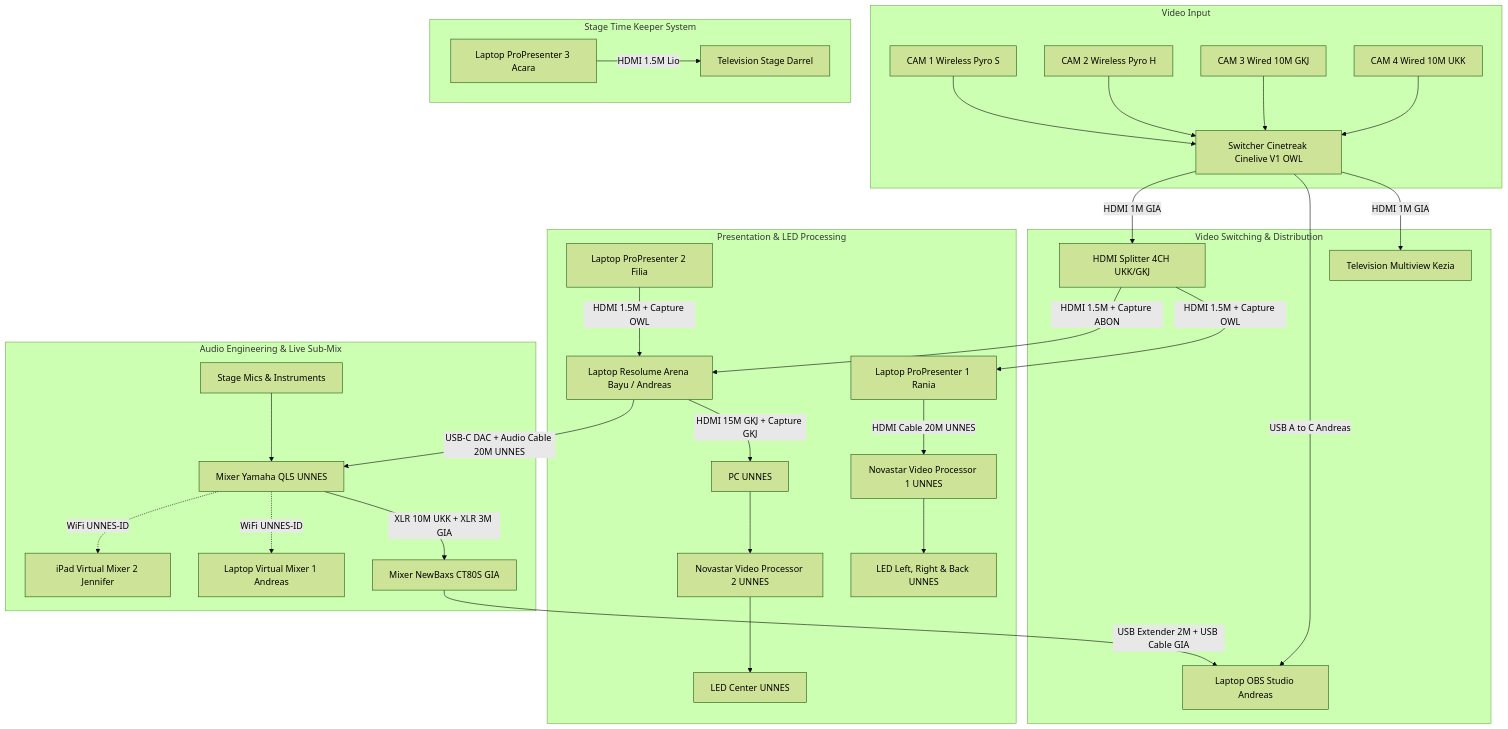
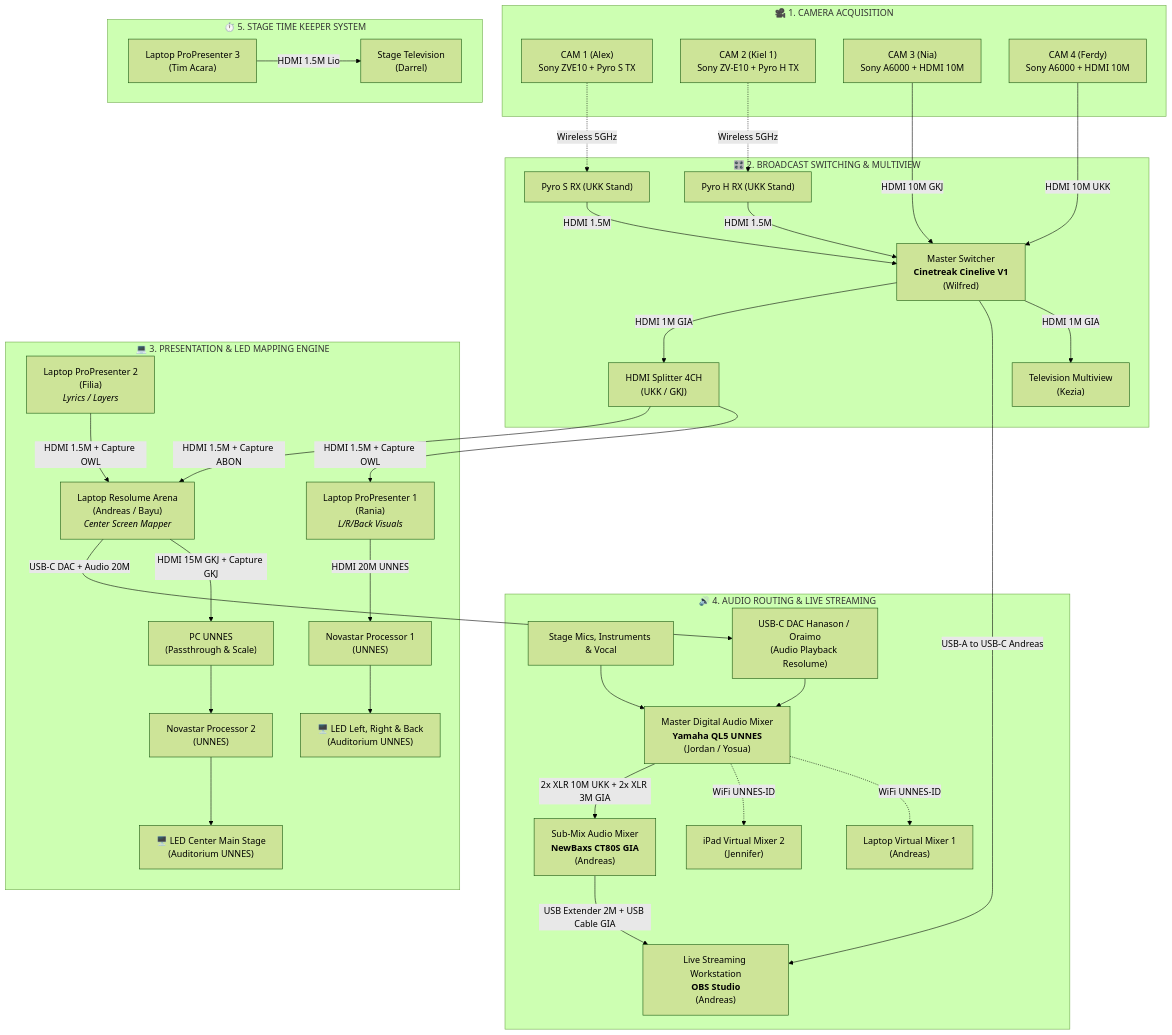
The second of 7 diagrams in README.md (zzdree/ip26-production), drawn with Mermaid (forest theme) before and after one commit. The commit also changed other lines of this file, not shown here.

Commit message:
docs: add Master Architecture Flowchart and detailed Sub-System Flowcharts with technical documentation

````diff
--- a/README.md
+++ b/README.md
@@ -109,37 +87,74 @@
 ```mermaid
-flowchart TD
-    subgraph Video Input
-        C1[CAM 1 Wireless Pyro S] --> SW[Switcher Cinetreak Cinelive V1 OWL]
-        C2[CAM 2 Wireless Pyro H] --> SW
-        C3[CAM 3 Wired 10M GKJ] --> SW
-        C4[CAM 4 Wired 10M UKK] --> SW
+flowchart TB
+    %% SECTION: CAMERA INPUTS
+    subgraph S_CAM["🎥 1. CAMERA ACQUISITION"]
+        CAM1["CAM 1 (Alex)<br/>Sony ZVE10 + Pyro S TX"]
+        CAM2["CAM 2 (Kiel 1)<br/>Sony ZV-E10 + Pyro H TX"]
+        CAM3["CAM 3 (Nia)<br/>Sony A6000 + HDMI 10M"]
+        CAM4["CAM 4 (Ferdy)<br/>Sony A6000 + HDMI 10M"]
     end
 
-    subgraph Video Switching & Distribution
-        SW -->|HDMI 1M GIA| TV_MV[Television Multiview Kezia]
-        SW -->|USB A to C Andreas| OBS[Laptop OBS Studio Andreas]
-        SW -->|HDMI 1M GIA| SPL[HDMI Splitter 4CH UKK/GKJ]
+    %% SECTION: VIDEO SWITCHING & MONITORING
+    subgraph S_SW["🎛️ 2. BROADCAST SWITCHING & MULTIVIEW"]
+        RX1["Pyro S RX (UKK Stand)"]
+        RX2["Pyro H RX (UKK Stand)"]
+        SW["Master Switcher<br/><b>Cinetreak Cinelive V1</b><br/>(Wilfred)"]
+        TV_MV["Television Multiview<br/>(Kezia)"]
+        SPL["HDMI Splitter 4CH<br/>(UKK / GKJ)"]
     end
 
-    subgraph Presentation & LED Processing
-        SPL -->|HDMI 1.5M + Capture OWL| P1[Laptop ProPresenter 1 Rania]
-        SPL -->|HDMI 1.5M + Capture ABON| RES[Laptop Resolume Arena Bayu / Andreas]
-        P2[Laptop ProPresenter 2 Filia] -->|HDMI 1.5M + Capture OWL| RES
-        
-        P1 -->|HDMI Cable 20M UNNES| NOVA1[Novastar Video Processor 1 UNNES] --> LED_LR[LED Left, Right & Back UNNES]
-        RES -->|HDMI 15M GKJ + Capture GKJ| PC_UNNES[PC UNNES] --> NOVA2[Novastar Video Processor 2 UNNES] --> LED_CTR[LED Center UNNES]
+    %% SECTION: PRESENTATION & LED VIDEO PROCESSING
+    subgraph S_VIS["💻 3. PRESENTATION & LED MAPPING ENGINE"]
+        P1["Laptop ProPresenter 1<br/>(Rania)<br/><i>L/R/Back Visuals</i>"]
+        P2["Laptop ProPresenter 2<br/>(Filia)<br/><i>Lyrics / Layers</i>"]
+        RES["Laptop Resolume Arena<br/>(Andreas / Bayu)<br/><i>Center Screen Mapper</i>"]
+        PC_UN["PC UNNES<br/>(Passthrough & Scale)"]
+        NOVA1["Novastar Processor 1<br/>(UNNES)"]
+        NOVA2["Novastar Processor 2<br/>(UNNES)"]
+        LED_LR["🖥️ LED Left, Right & Back<br/>(Auditorium UNNES)"]
+        LED_CTR["🖥️ LED Center Main Stage<br/>(Auditorium UNNES)"]
     end
 
-    subgraph Audio Engineering & Live Sub-Mix
-        STAGE[Stage Mics & Instruments] --> QL5[Mixer Yamaha QL5 UNNES]
-        RES -->|USB-C DAC + Audio Cable 20M UNNES| QL5
-        QL5 -->|XLR 10M UKK + XLR 3M GIA| CT80S[Mixer NewBaxs CT80S GIA]
-        CT80S -->|USB Extender 2M + USB Cable GIA| OBS
-        QL5 -.->|WiFi UNNES-ID| VM1[Laptop Virtual Mixer 1 Andreas]
-        QL5 -.->|WiFi UNNES-ID| VM2[iPad Virtual Mixer 2 Jennifer]
+    %% SECTION: AUDIO & STREAMING
+    subgraph S_AUD["🔊 4. AUDIO ROUTING & LIVE STREAMING"]
+        STAGE_MIC["Stage Mics, Instruments & Vocal"]
+        QL5["Master Digital Audio Mixer<br/><b>Yamaha QL5 UNNES</b><br/>(Jordan / Yosua)"]
+        VM1["Laptop Virtual Mixer 1<br/>(Andreas)"]
+        VM2["iPad Virtual Mixer 2<br/>(Jennifer)"]
+        DAC["USB-C DAC Hanason / Oraimo<br/>(Audio Playback Resolume)"]
+        CT80S["Sub-Mix Audio Mixer<br/><b>NewBaxs CT80S GIA</b><br/>(Andreas)"]
+        OBS["Live Streaming Workstation<br/><b>OBS Studio</b><br/>(Andreas)"]
     end
 
-    subgraph Stage Time Keeper System
-        P3[Laptop ProPresenter 3 Acara] -->|HDMI 1.5M Lio| TV_TK[Television Stage Darrel]
+    %% SECTION: TIME KEEPER
+    subgraph S_TK["⏱️ 5. STAGE TIME KEEPER SYSTEM"]
+        P3["Laptop ProPresenter 3<br/>(Tim Acara)"]
+        TV_TK["Stage Television<br/>(Darrel)"]
     end
+
+    %% SIGNAL CONNECTIONS
+    CAM1 -.->|Wireless 5GHz| RX1 -->|HDMI 1.5M| SW
+    CAM2 -.->|Wireless 5GHz| RX2 -->|HDMI 1.5M| SW
+    CAM3 -->|HDMI 10M GKJ| SW
+    CAM4 -->|HDMI 10M UKK| SW
+
+    SW -->|HDMI 1M GIA| TV_MV
+    SW -->|USB-A to USB-C Andreas| OBS
+    SW -->|HDMI 1M GIA| SPL
+
+    SPL -->|HDMI 1.5M + Capture OWL| P1
+    SPL -->|HDMI 1.5M + Capture ABON| RES
+    P2 -->|HDMI 1.5M + Capture OWL| RES
+
+    P1 -->|HDMI 20M UNNES| NOVA1 --> LED_LR
+    RES -->|HDMI 15M GKJ + Capture GKJ| PC_UN --> NOVA2 --> LED_CTR
+
+    RES -->|USB-C DAC + Audio 20M| DAC --> QL5
+    STAGE_MIC --> QL5
+    QL5 -.->|WiFi UNNES-ID| VM1
+    QL5 -.->|WiFi UNNES-ID| VM2
+    QL5 -->|2x XLR 10M UKK + 2x XLR 3M GIA| CT80S
+    CT80S -->|USB Extender 2M + USB Cable GIA| OBS
+
+    P3 -->|HDMI 1.5M Lio| TV_TK
 ```
````
